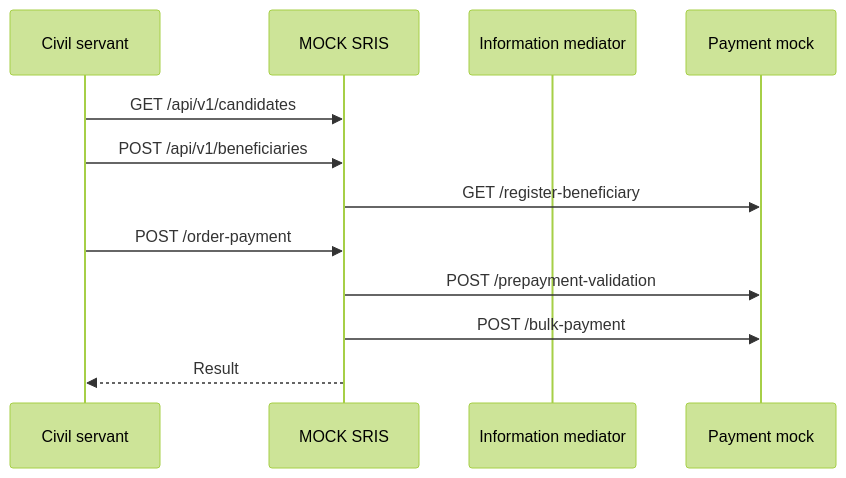
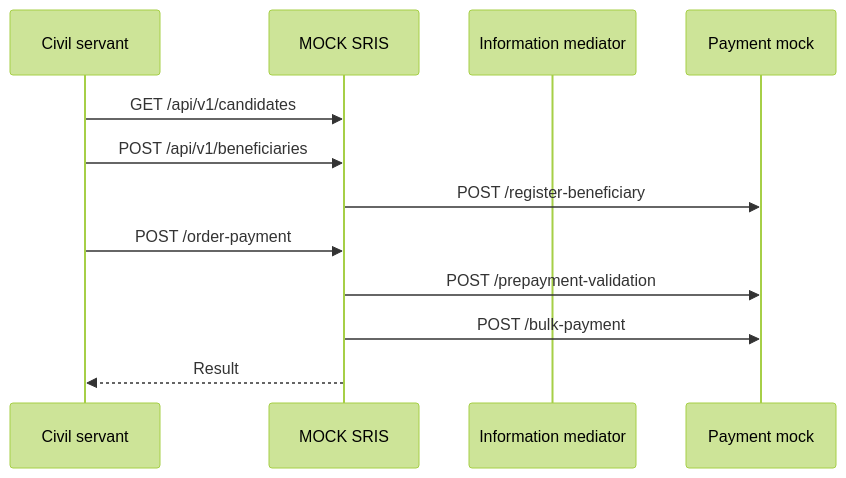
Before and after one commit to GovStackWorkingGroup/sandbox-usecase-usct-backend: the diagram in docs/main.md, drawn with Mermaid (forest theme).

Commit message:
Small documentation update

````diff
--- a/docs/main.md
+++ b/docs/main.md
@@ -9,12 +9,12 @@
 ```mermaid
 sequenceDiagram
 
 Civil servant ->> MOCK SRIS: GET /api/v1/candidates
 Civil servant ->> MOCK SRIS: POST /api/v1/beneficiaries
     participant im as Information mediator
-MOCK SRIS ->> Payment mock: GET /register-beneficiary
+MOCK SRIS ->> Payment mock: POST /register-beneficiary
 Civil servant ->> MOCK SRIS: POST /order-payment
 MOCK SRIS ->> Payment mock: POST /prepayment-validation
 MOCK SRIS ->> Payment mock: POST /bulk-payment
 MOCK SRIS -->> Civil servant: Result
 ```
````
